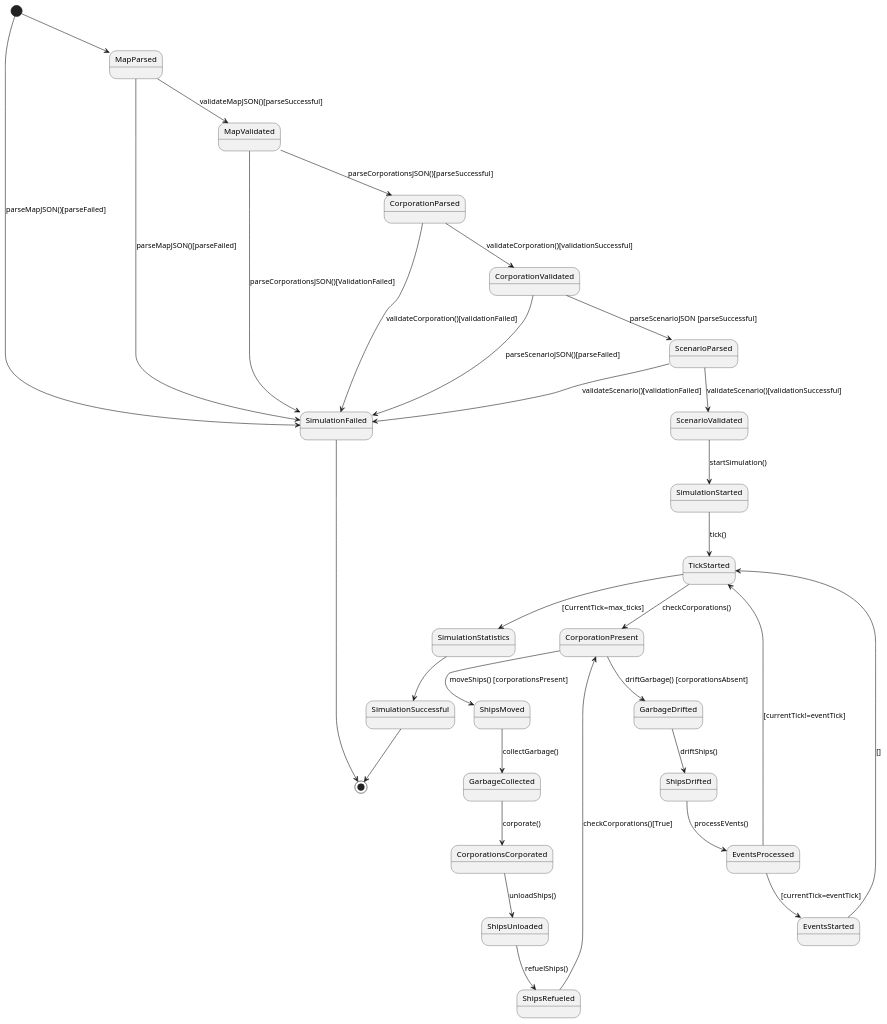
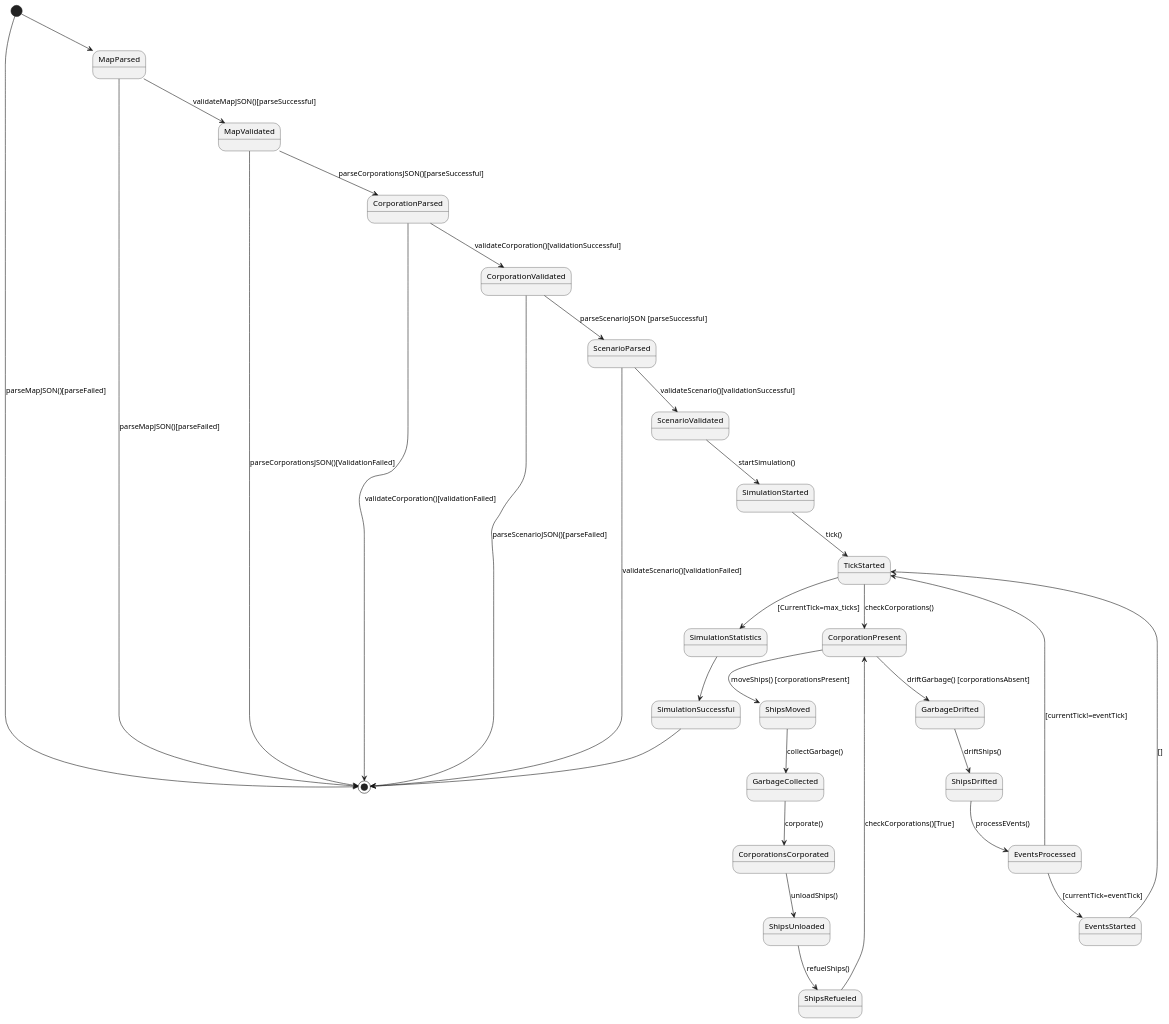
The diagram in StateDiagram.puml (Atharvakore/Save-The-Saardines), drawn with PlantUML before and after one commit.

Commit message:
removed simulation faileds state

```diff
--- a/StateDiagram.puml
+++ b/StateDiagram.puml
@@ -1,38 +1,36 @@
 @startuml
 [*] --> MapParsed
 MapParsed --> MapValidated: validateMapJSON()[parseSuccessful]
-MapParsed --> SimulationFailed : parseMapJSON()[parseFailed]
-[*] --> SimulationFailed : parseMapJSON()[parseFailed]
+MapParsed --> [*] : parseMapJSON()[parseFailed]
+[*] --> [*] : parseMapJSON()[parseFailed]
 
 MapValidated --> CorporationParsed : parseCorporationsJSON()[parseSuccessful]
-MapValidated --> SimulationFailed : parseCorporationsJSON()[ValidationFailed]
+MapValidated --> [*] : parseCorporationsJSON()[ValidationFailed]
 CorporationParsed -->CorporationValidated : validateCorporation()[validationSuccessful]
-CorporationParsed -->SimulationFailed : validateCorporation()[validationFailed]
+CorporationParsed -->[*] : validateCorporation()[validationFailed]
 CorporationValidated --> ScenarioParsed : parseScenarioJSON [parseSuccessful]
 ScenarioParsed --> ScenarioValidated : validateScenario()[validationSuccessful]
-ScenarioParsed --> SimulationFailed : validateScenario()[validationFailed]
-CorporationValidated --> SimulationFailed : parseScenarioJSON()[parseFailed]
-
-SimulationFailed --> [*]
+ScenarioParsed --> [*] : validateScenario()[validationFailed]
+CorporationValidated --> [*] : parseScenarioJSON()[parseFailed]
 
 ScenarioValidated--> SimulationStarted : startSimulation()
 
 SimulationStarted --> TickStarted : tick()
 
 TickStarted --> CorporationPresent : checkCorporations()
 CorporationPresent --> ShipsMoved : moveShips() [corporationsPresent]
 ShipsMoved --> GarbageCollected : collectGarbage()
 GarbageCollected --> CorporationsCorporated : corporate()
 CorporationsCorporated --> ShipsUnloaded : unloadShips()
 ShipsUnloaded --> ShipsRefueled : refuelShips()
 ShipsRefueled --> CorporationPresent : checkCorporations()[True]
 CorporationPresent --> GarbageDrifted : driftGarbage() [corporationsAbsent]
 GarbageDrifted --> ShipsDrifted : driftShips()
 ShipsDrifted --> EventsProcessed : processEVents()
 EventsProcessed --> TickStarted : [currentTick!=eventTick]
 EventsProcessed --> EventsStarted : [currentTick=eventTick]
 EventsStarted --> TickStarted : []
 TickStarted --> SimulationStatistics : [CurrentTick=max_ticks]
 SimulationStatistics --> SimulationSuccessful 
 SimulationSuccessful --> [*]
 @enduml
```
